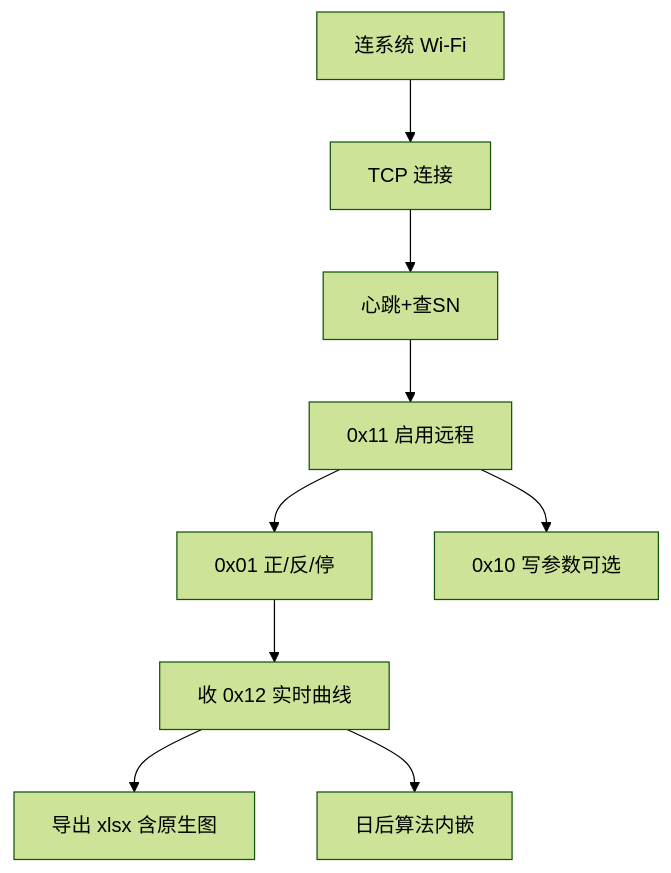
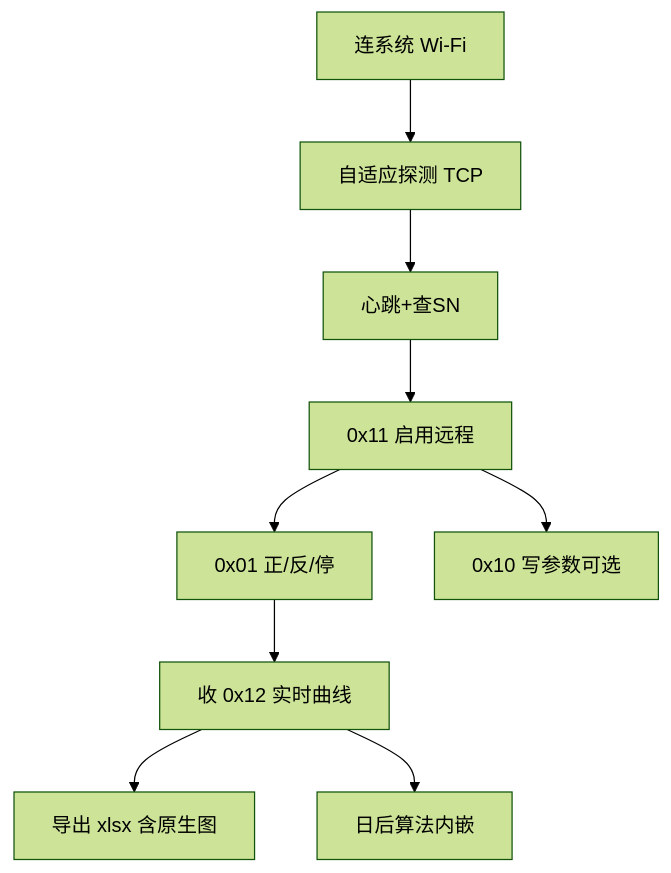
Before and after one commit to 1837620622/app3-lift-wrench-android: the diagram in docs/界面与导出优化方向.md, drawn with Mermaid (forest theme). The commit also changed other lines of this file and 6 other files, not shown here.

First line of the commit message:
docs: 锁定连 Wi‑Fi 后 TCP 自适应探测（默认 7888，改口自动找）

````diff
--- a/docs/界面与导出优化方向.md
+++ b/docs/界面与导出优化方向.md
@@ -129,11 +129,11 @@
 ```mermaid
 flowchart TD
-  W[连系统 Wi-Fi] --> T[TCP 连接]
+  W[连系统 Wi-Fi] --> T[自适应探测 TCP]
   T --> P[心跳+查SN]
   P --> R[0x11 启用远程]
   R --> M[0x01 正/反/停]
   R --> S[0x10 写参数可选]
   M --> D[收 0x12 实时曲线]
   D --> X[导出 xlsx 含原生图]
   D --> A[日后算法内嵌]
 ```
````
